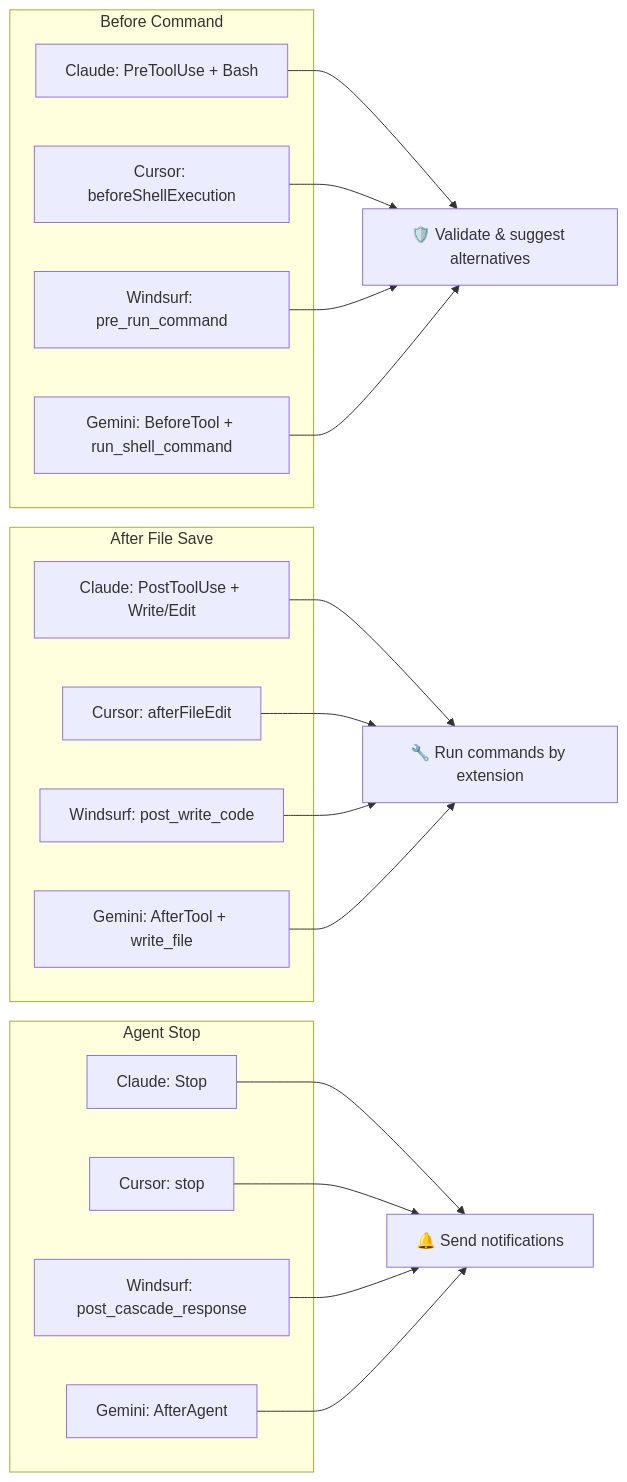
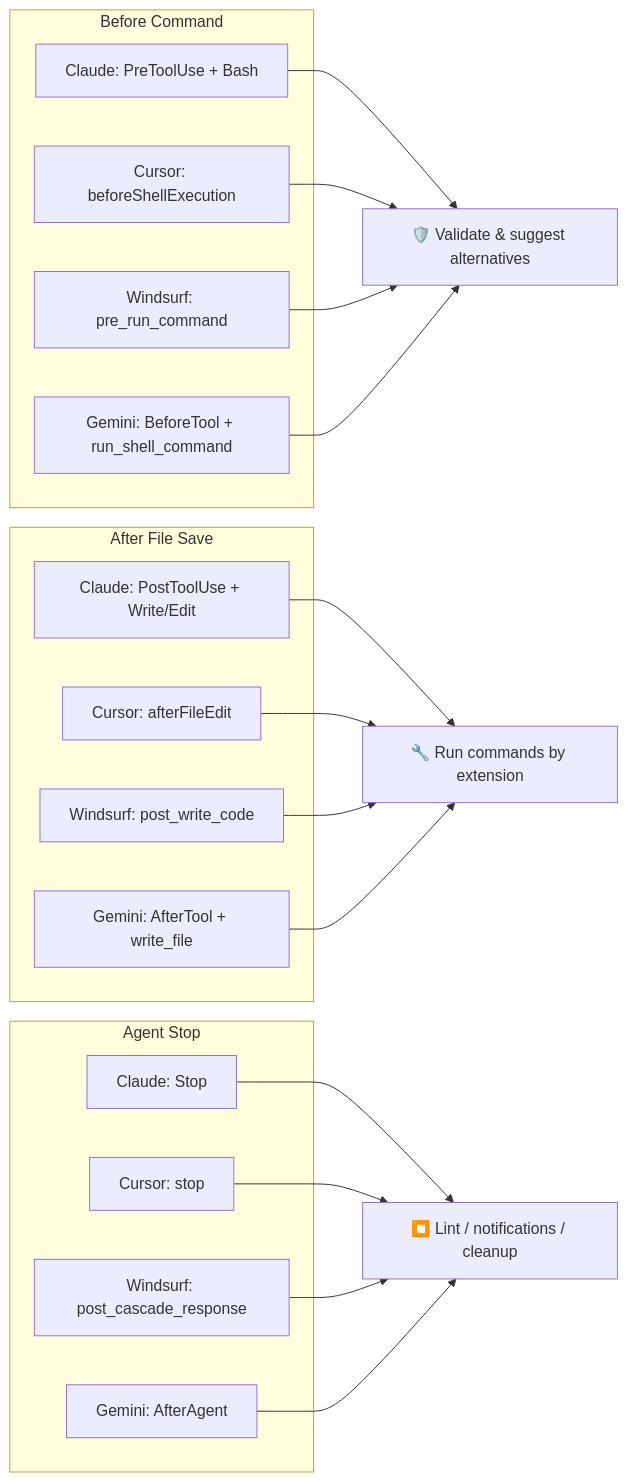
The diagram in README.md (owayo/claw-hooks), drawn with Mermaid before and after one commit. The commit also changed other lines of this file and 2 other files, not shown here.

````diff
--- a/README.md
+++ b/README.md
@@ -640,38 +640,38 @@
 ```mermaid
 graph LR
     subgraph Before Command
         CC1[Claude: PreToolUse + Bash]
         CU1[Cursor: beforeShellExecution]
         WS1[Windsurf: pre_run_command]
         GE1[Gemini: BeforeTool + run_shell_command]
     end
     CH1[🛡️ Validate & suggest alternatives]
     CC1 --> CH1
     CU1 --> CH1
     WS1 --> CH1
     GE1 --> CH1
 
     subgraph After File Save
         CC2[Claude: PostToolUse + Write/Edit]
         CU2[Cursor: afterFileEdit]
         WS2[Windsurf: post_write_code]
         GE2[Gemini: AfterTool + write_file]
     end
     CH2[🔧 Run commands by extension]
     CC2 --> CH2
     CU2 --> CH2
     WS2 --> CH2
     GE2 --> CH2
 
     subgraph Agent Stop
         CC3[Claude: Stop]
         CU3[Cursor: stop]
         WS3[Windsurf: post_cascade_response]
         GE3[Gemini: AfterAgent]
     end
-    CH3[🔔 Send notifications]
+    CH3[⏹️ Lint / notifications / cleanup]
     CC3 --> CH3
     CU3 --> CH3
     WS3 --> CH3
     GE3 --> CH3
 ```
````
